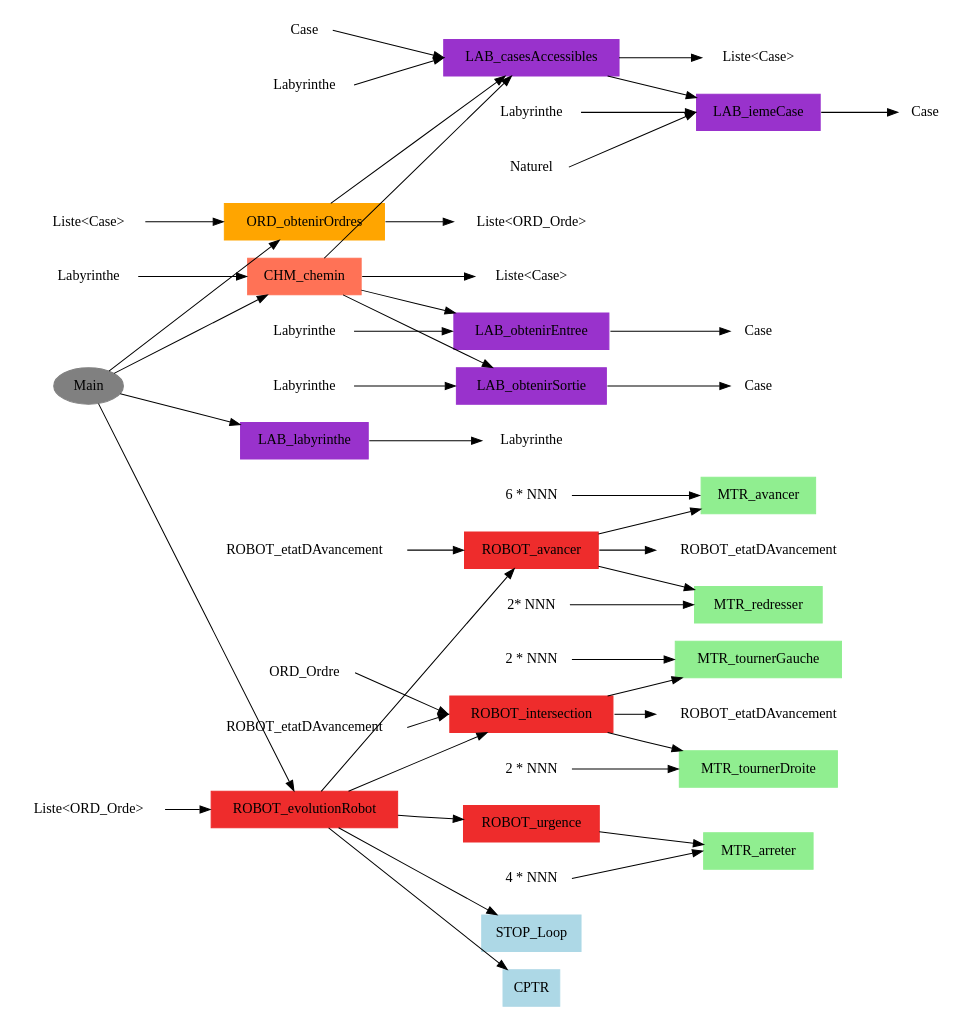
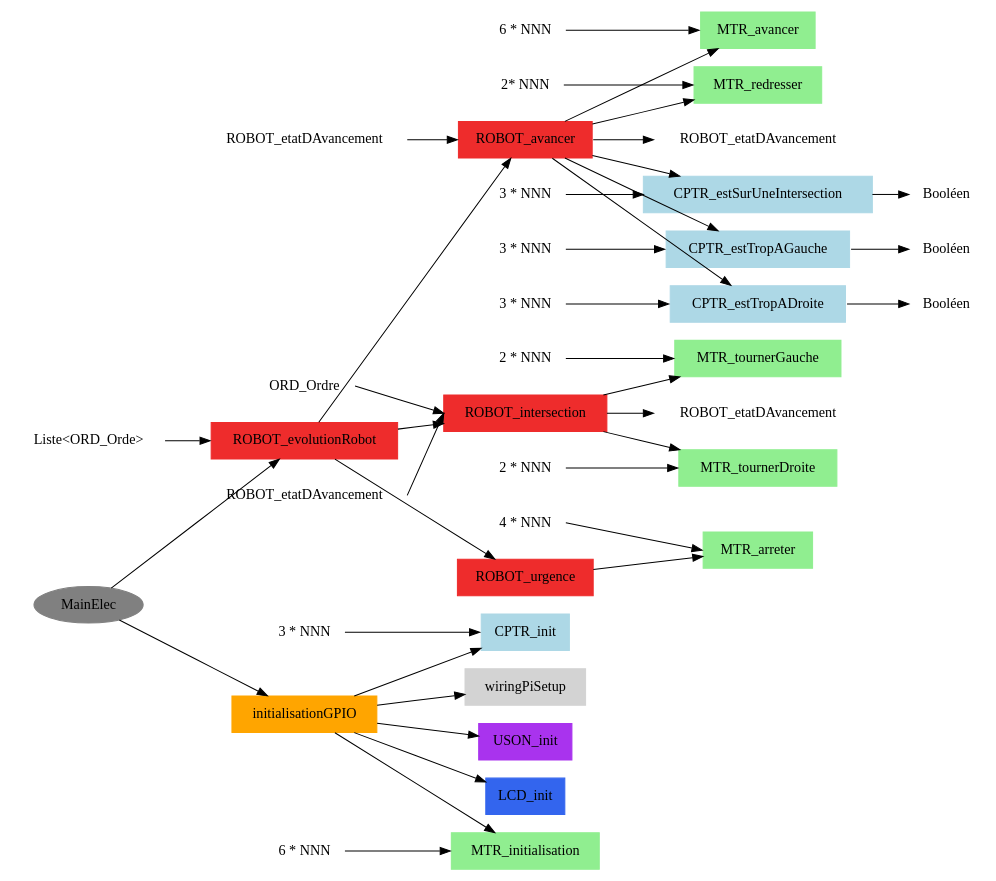
One commit to linavanille/projet-smartrobot changed the diagram in Rapport/analyseD.dot. Above: the diagram before and after it, drawn with Graphviz. The commit also changed 5 other files, not shown here.

```diff
--- a/Rapport/analyseD.dot
+++ b/Rapport/analyseD.dot
@@ -1,132 +1,118 @@
 digraph TopDownAnalysis {
     rankdir=LR; // Orientation top-down
     splines=false; // Force straight arrows
     node [shape=box, style=filled, color=lightblue]; // Style des noeuds
 
     // Tâche principale
-    "Main" -> {"LAB_labyrinthe" "CHM_chemin" "ORD_obtenirOrdres" "ROBOT_evolutionRobot" };
-
-        //LAB_labyrinthe
-        "LAB_labyrinthe";
-        sortie_lab [label="Labyrinthe"]
-        "LAB_labyrinthe":e -> sortie_lab:w; // Sortie
-
-        //CHM_chemin 
-        "CHM_chemin" -> { "LAB_casesAccessibles" "LAB_obtenirEntree" "LAB_obtenirSortie"};
-        entree_chm [label= "Labyrinthe"]
-        entree_chm:e -> "CHM_chemin":w; // Entree
-        sortie_chm [label="Liste<Case>"]
-        "CHM_chemin":e -> sortie_chm:w; // Sortie
-
-            //casesAccessibles 
-            "LAB_casesAccessibles" -> {"LAB_iemeCase"};
-            entree_CA1 [label= "Labyrinthe"]
-            entree_CA1:e -> "LAB_casesAccessibles":w; // Entree
-            entree_CA2 [label= "Case"]
-            entree_CA2:e -> "LAB_casesAccessibles":w; // Entree
-            sortie_CA [label="Liste<Case>"]
-            "LAB_casesAccessibles":e -> sortie_CA:w; // Sortie
-
-                //casesAccessibles 
-                "LAB_iemeCase";
-                entree_iC1 [label= "Labyrinthe"]
-                entree_iC1:e -> "LAB_iemeCase":w; // Entree
-                entree_iC2 [label= "Naturel"]
-                entree_iC2:e -> "LAB_iemeCase":w; // Entree
-                sortie_iC [label="Case"]
-                "LAB_iemeCase":e -> sortie_iC:w; // Sortie
-
-            //obtenirEntree 
-            "LAB_obtenirEntree";
-            entree_oE [label= "Labyrinthe"]
-            entree_oE:e -> "LAB_obtenirEntree":w; // Entree
-            sortie_oE [label="Case"]
-            "LAB_obtenirEntree":e -> sortie_oE:w; // Sortie
-
-            //obtenirSortie 
-            "LAB_obtenirSortie";
-            entree_oS [label= "Labyrinthe"]
-            entree_oS:e -> "LAB_obtenirSortie":w; // Entree
-            sortie_oS [label="Case"]
-            "LAB_obtenirSortie":e -> sortie_oS:w; // Sortie
-        
-        //ORD_obtenirOrdres
-        "ORD_obtenirOrdres" -> { "LAB_casesAccessibles"};
-        entree_oOrd [label= "Liste<Case>"]
-        entree_oOrd:e -> "ORD_obtenirOrdres":w; // Entree
-        sortie_oOrd [label="Liste<ORD_Orde>"]
-        "ORD_obtenirOrdres":e -> sortie_oOrd:w; // Sortie
+    "MainElec" -> {"ROBOT_evolutionRobot" "initialisationGPIO"};
 
         //ROBOT_evolutionRobot
-        "ROBOT_evolutionRobot" -> { "ROBOT_avancer" "ROBOT_intersection" "ROBOT_urgence" "STOP_Loop" "CPTR"};
+        "ROBOT_evolutionRobot" -> { "ROBOT_avancer" "ROBOT_intersection" "ROBOT_urgence"};
         entree_eR [label= "Liste<ORD_Orde>"]
         entree_eR:e -> "ROBOT_evolutionRobot":w; // Entree
 
+            //initElec
+            "initialisationGPIO" -> {"wiringPiSetup" "CPTR_init" "MTR_initialisation" "USON_init" "LCD_init"}
+
+                //CPTR_init
+                "CPTR_init";
+                entree_Cin [label= "3 * NNN"]
+                entree_Cin:e -> "CPTR_init":w; // Entree
+
+                //MTR_initialisation
+                "MTR_initialisation";
+                entree_Mi [label= "6 * NNN"]
+                entree_Mi:e -> "MTR_initialisation":w; // Entree
+
+
+
             //ROBOT_avancer
-            "ROBOT_avancer" -> {"MTR_avancer" "MTR_redresser"};
+            "ROBOT_avancer" -> {"MTR_avancer" "MTR_redresser" "CPTR_estSurUneIntersection" "CPTR_estTropAGauche" "CPTR_estTropADroite"};
             entree_Ra [label= "ROBOT_etatDAvancement"]
             entree_Ra:e -> "ROBOT_avancer":w; // Entree
             sortie_Ra [label="ROBOT_etatDAvancement"]
             "ROBOT_avancer":e -> sortie_Ra:w; // Sortie
 
                 //MTR_avancer
                 "MTR_avancer";
                 entree_Mav [label= "6 * NNN"]
                 entree_Mav:e -> "MTR_avancer":w; // Entree
 
                 //MTR_redresser
                 "MTR_redresser";
                 entree_Mr [label= "2* NNN"]
                 entree_Mr:e -> "MTR_redresser":w; // Entree
+
+                //CPTR_estSurUneIntersection
+                "CPTR_estSurUneIntersection";
+                entree_Ci [label= "3 * NNN"]
+                sortie_Ci [label= "Booléen"]
+                entree_Ci:e -> "CPTR_estSurUneIntersection":w; // Entree
+                "CPTR_estSurUneIntersection":e -> sortie_Ci:w; // Sortie
+
+                //CPTR_estTropAGauche
+                "CPTR_estTropAGauche";
+                entree_Ctag [label= "3 * NNN"]
+                sortie_Ctag [label= "Booléen"]
+                entree_Ctag:e -> "CPTR_estTropAGauche":w; // Entree
+                "CPTR_estTropAGauche":e -> sortie_Ctag:w; // Sortie
+
+                //CPTR_estTropADroite
+                "CPTR_estTropADroite";
+                entree_Ctad [label= "3 * NNN"]
+                sortie_Ctad [label= "Booléen"]
+                entree_Ctad:e -> "CPTR_estTropADroite":w; // Entree
+                "CPTR_estTropADroite":e -> sortie_Ctad:w; // Sortie
 
             //ROBOT_intersection
             "ROBOT_intersection" -> {"MTR_tournerGauche" "MTR_tournerDroite"};
             entree_Ri1 [label= "ROBOT_etatDAvancement"]
             entree_Ri1:e -> "ROBOT_intersection":w; // Entree
             entree_Ri2 [label= "ORD_Ordre"]
             entree_Ri2:e -> "ROBOT_intersection":w; // Entree
             sortie_Ri [label="ROBOT_etatDAvancement"]
             "ROBOT_intersection":e -> sortie_Ri:w; // Sortie
 
                 //MTR_tournerGauche
                 "MTR_tournerGauche";
                 entree_MtG [label= "2 * NNN"]
                 entree_MtG:e -> "MTR_tournerGauche":w; // Entree
 
                 //MTR_tournerDroite
                 "MTR_tournerDroite";
                 entree_MtD [label= "2 * NNN"]
                 entree_MtD:e -> "MTR_tournerDroite":w; // Entree
 
             //ROBOT_urgence
             "ROBOT_urgence" -> {"MTR_arreter"};
 
                 //MTR_arreter
                 "MTR_arreter";
                 entree_Mar [label= "4 * NNN"]
                 entree_Mar:e -> "MTR_arreter":w; // Entree
             
     //Style Main
-    Main [shape = ellipse, color = gray]
+    MainElec [shape = ellipse, color = gray]
 
-    //Style Labyrinthe
-    LAB_casesAccessibles, LAB_iemeCase, LAB_obtenirEntree, LAB_obtenirSortie, LAB_labyrinthe [shape = box, color= darkorchid]
-                
-    //Style Ordre 
-    ORD_obtenirOrdres [shape = box, color = orange]
+    //Style InitELec
+    initialisationGPIO [shape = box, color = orange]
 
-    //Style Chemin 
-    CHM_chemin [shape = box, color = coral1]
+    //Style USON LCD
+
+    LCD_init [shape = box, color = "#3365ee"]
+    USON_init [shape = box, color = "#a933ee"]
+    wiringPiSetup [shape = box, color = lightgrey]
+
 
     //Style Moteur
-    MTR_arreter, MTR_avancer, MTR_redresser, MTR_tournerDroite, MTR_tournerGauche [shape=box, color = lightgreen]
+    MTR_arreter, MTR_avancer, MTR_redresser, MTR_tournerDroite, MTR_tournerGauche, MTR_initialisation [shape=box, color = lightgreen]
 
     //Style Robot
     ROBOT_avancer, ROBOT_evolutionRobot, ROBOT_intersection, ROBOT_urgence [shape = box, color = firebrick2]
 
     // Styles spécifiques pour Entrées/Sorties
-    entree_chm, entree_CA1, entree_CA2, entree_iC1, entree_iC2, entree_oE, entree_oS, entree_oOrd, entree_eR, entree_Ra, entree_Mav, entree_Mr, entree_Ri1, entree_Ri2, entree_MtD, entree_MtG, entree_Mar [shape=none, color=none];
-    sortie_lab, sortie_chm, sortie_CA, sortie_iC, sortie_oE, sortie_oS, sortie_oOrd, sortie_Ra, sortie_Ri [shape=none, color=none];
-    
-
+    entree_eR, entree_Ra, entree_Mav, entree_Mr, entree_Ri1, entree_Ri2, entree_MtD, entree_MtG, entree_Mar, entree_Cin, entree_Mi [shape=none, color=none];
+    entree_Ci, entree_Ctag, entree_Ctad [shape=none, color=none];
+    sortie_Ra, sortie_Ri [shape=none, color=none];
+    sortie_Ci, sortie_Ctag, sortie_Ctad [shape=none, color=none];
 }
```
